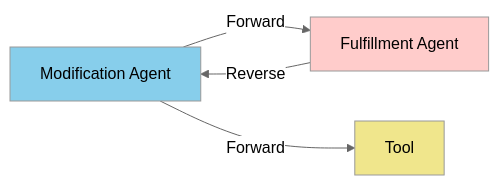
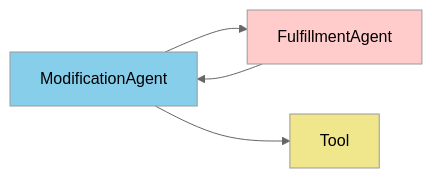
Before and after one commit to beckn/transactional-ai-bap: diagram 11 of 13 in arch/bap-state-machine.md, drawn with Mermaid (neutral theme). The commit also changed other lines of this file, not shown here.

````diff
--- a/arch/bap-state-machine.md
+++ b/arch/bap-state-machine.md
@@ -373,10 +382,11 @@
 ```mermaid
 graph LR
-    M[Modification Agent] -->|Forward| F[Fulfillment Agent]
-    M -->|Forward| Tool
-    F -->|Reverse| M
+    ModificationAgent --> FulfillmentAgent
+    ModificationAgent --> Tool
+    FulfillmentAgent --> ModificationAgent
 
-    style M fill:#87ceeb
-    style F fill:#ffcccb
+    style ModificationAgent fill:#87ceeb
+    style FulfillmentAgent fill:#ffcccb
     style Tool fill:#f0e68c
+
 ```
````
